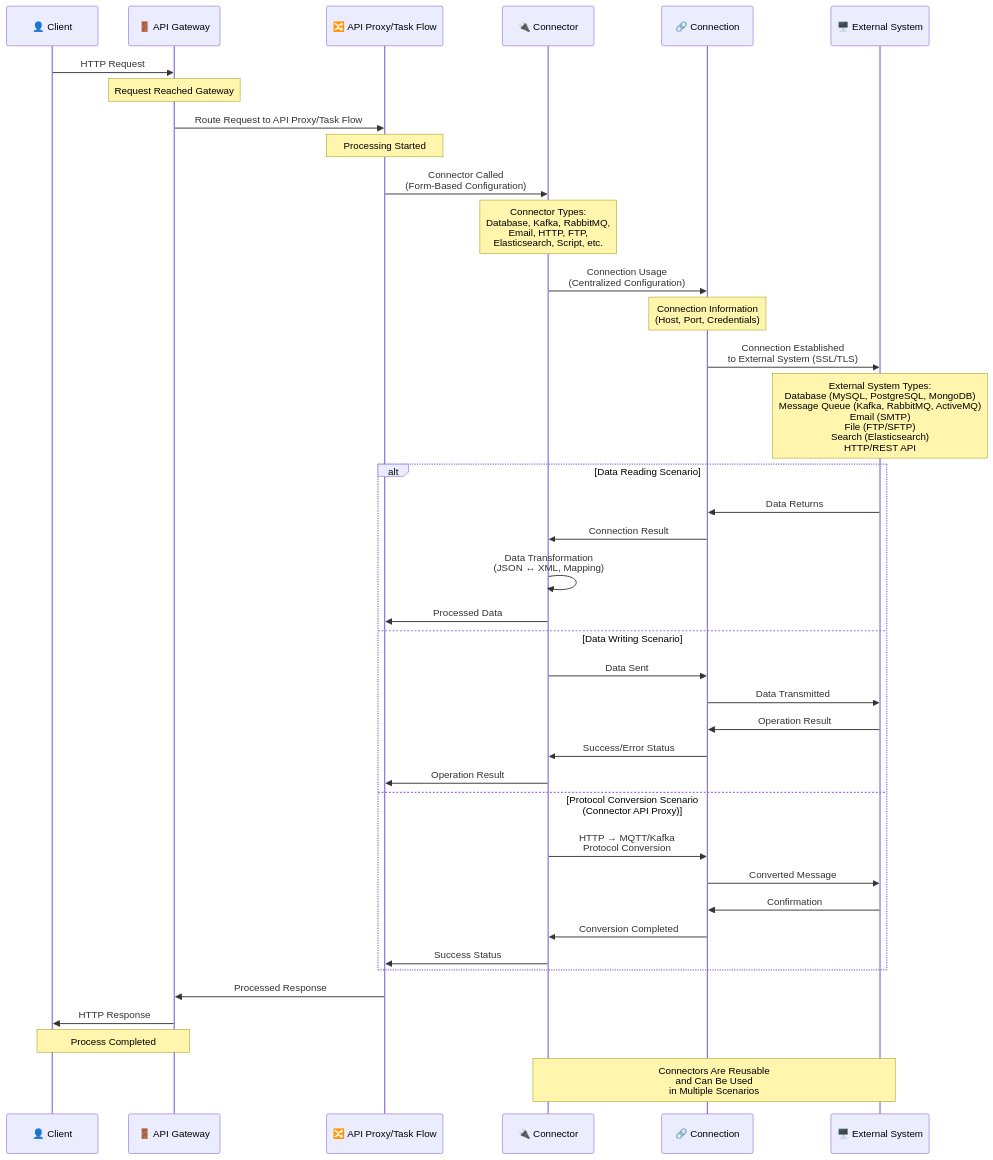
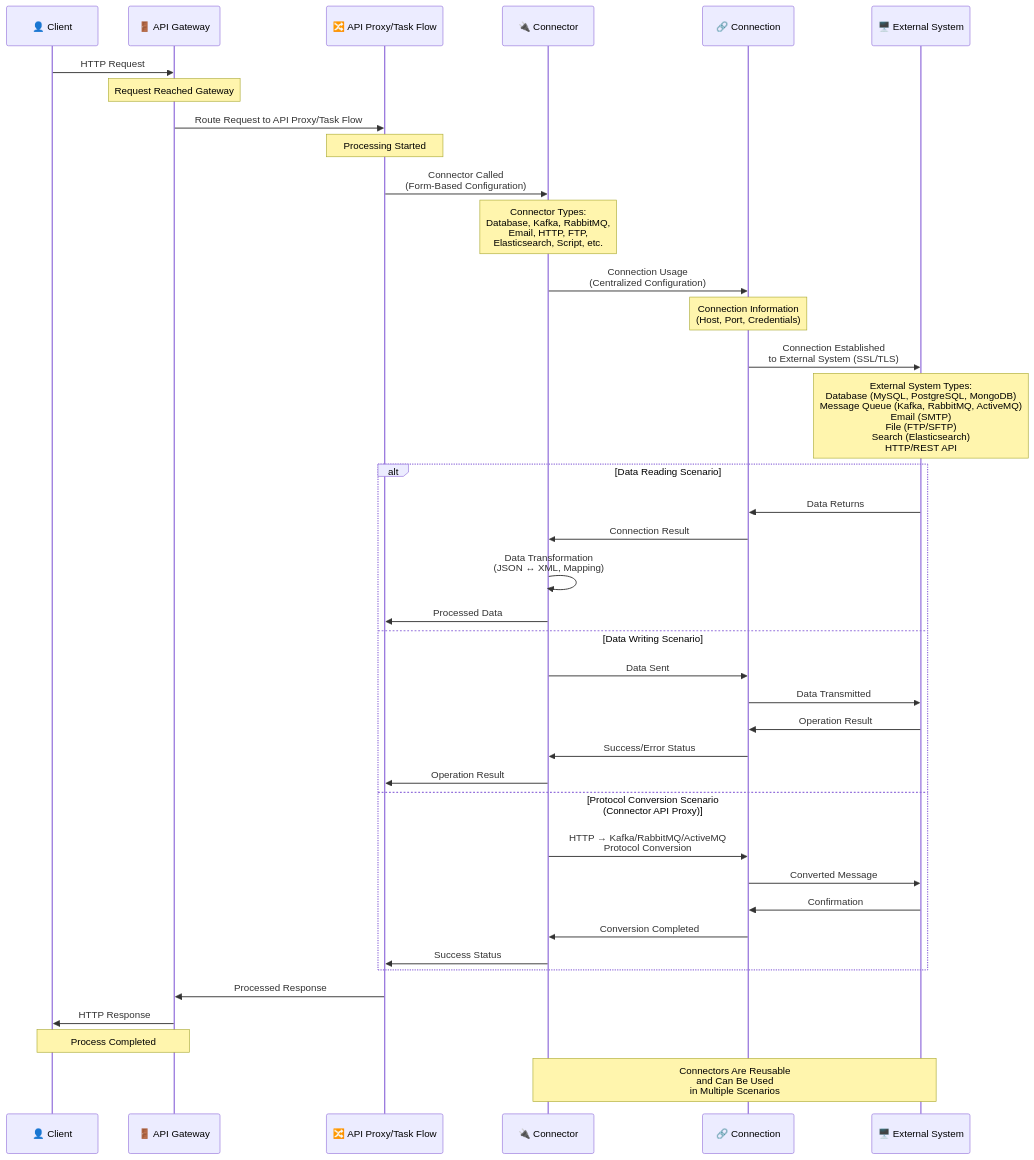
One commit to apinizer/docs changed the diagram in en/concepts/core-concepts/connector.mdx. Above: the diagram before and after it, drawn with Mermaid. The commit also changed other lines of this file and 13 other files, not shown here.

````diff
--- a/en/concepts/core-concepts/connector.mdx
+++ b/en/concepts/core-concepts/connector.mdx
@@ -30,56 +30,56 @@
 ```mermaid
 sequenceDiagram
     participant Client as 👤 Client
     participant Gateway as 🚪 API Gateway
     participant Proxy as 🔀 API Proxy/Task Flow
     participant Connector as 🔌 Connector
     participant Connection as 🔗 Connection
     participant ExternalSystem as 🖥️ External System
     
     Client->>Gateway: HTTP Request
     
     Note over Gateway: Request Reached Gateway
     
     Gateway->>Proxy: Route Request to API Proxy/Task Flow
     
     Note over Proxy: Processing Started
     
     Proxy->>Connector: Connector Called<br/>(Form-Based Configuration)
     
     Note over Connector: Connector Types:<br/>Database, Kafka, RabbitMQ,<br/>Email, HTTP, FTP,<br/>Elasticsearch, Script, etc.
     
     Connector->>Connection: Connection Usage<br/>(Centralized Configuration)
     
     Note over Connection: Connection Information<br/>(Host, Port, Credentials)
     
     Connection->>ExternalSystem: Connection Established<br/>to External System (SSL/TLS)
     
     Note over ExternalSystem: External System Types:<br/>Database (MySQL, PostgreSQL, MongoDB)<br/>Message Queue (Kafka, RabbitMQ, ActiveMQ)<br/>Email (SMTP)<br/>File (FTP/SFTP)<br/>Search (Elasticsearch)<br/>HTTP/REST API
     
     alt Data Reading Scenario
         ExternalSystem->>Connection: Data Returns
         Connection->>Connector: Connection Result
         Connector->>Connector: Data Transformation<br/>(JSON ↔ XML, Mapping)
         Connector->>Proxy: Processed Data
     else Data Writing Scenario
         Connector->>Connection: Data Sent
         Connection->>ExternalSystem: Data Transmitted
         ExternalSystem->>Connection: Operation Result
         Connection->>Connector: Success/Error Status
         Connector->>Proxy: Operation Result
     else Protocol Conversion Scenario<br/>(Connector API Proxy)
-        Connector->>Connection: HTTP → MQTT/Kafka<br/>Protocol Conversion
+        Connector->>Connection: HTTP → Kafka/RabbitMQ/ActiveMQ<br/>Protocol Conversion
         Connection->>ExternalSystem: Converted Message
         ExternalSystem->>Connection: Confirmation
         Connection->>Connector: Conversion Completed
         Connector->>Proxy: Success Status
     end
     
     Proxy->>Gateway: Processed Response
     
     Gateway->>Client: HTTP Response
     
     Note over Client,Gateway: Process Completed
     
     Note over Connector,ExternalSystem: Connectors Are Reusable<br/>and Can Be Used<br/>in Multiple Scenarios
 ```
````
